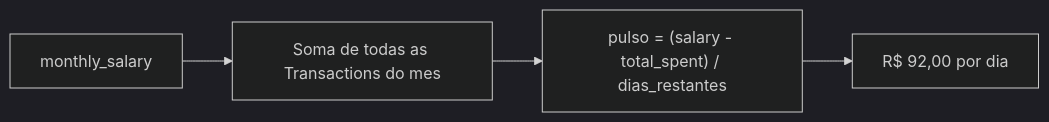
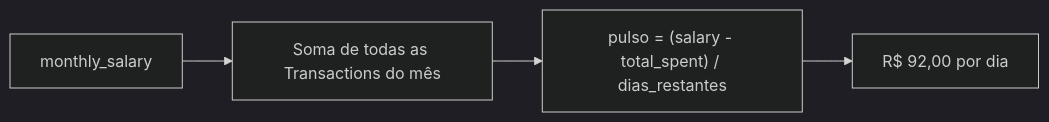
Before and after one commit to luizaleblanc/organiza-ai: the third of 4 diagrams in docs/DATA_MODEL.md, drawn with Mermaid (dark theme). The commit also changed other lines of this file, not shown here.

````diff
--- a/docs/DATA_MODEL.md
+++ b/docs/DATA_MODEL.md
@@ -69,6 +69,6 @@
 ```mermaid
 flowchart LR
-    A[monthly_salary] --> B[Soma de todas as Transactions do mes]
+    A[monthly_salary] --> B[Soma de todas as Transactions do mês]
     B --> C["pulso = (salary - total_spent) / dias_restantes"]
     C --> D["R$ 92,00 por dia"]
 ```
````
